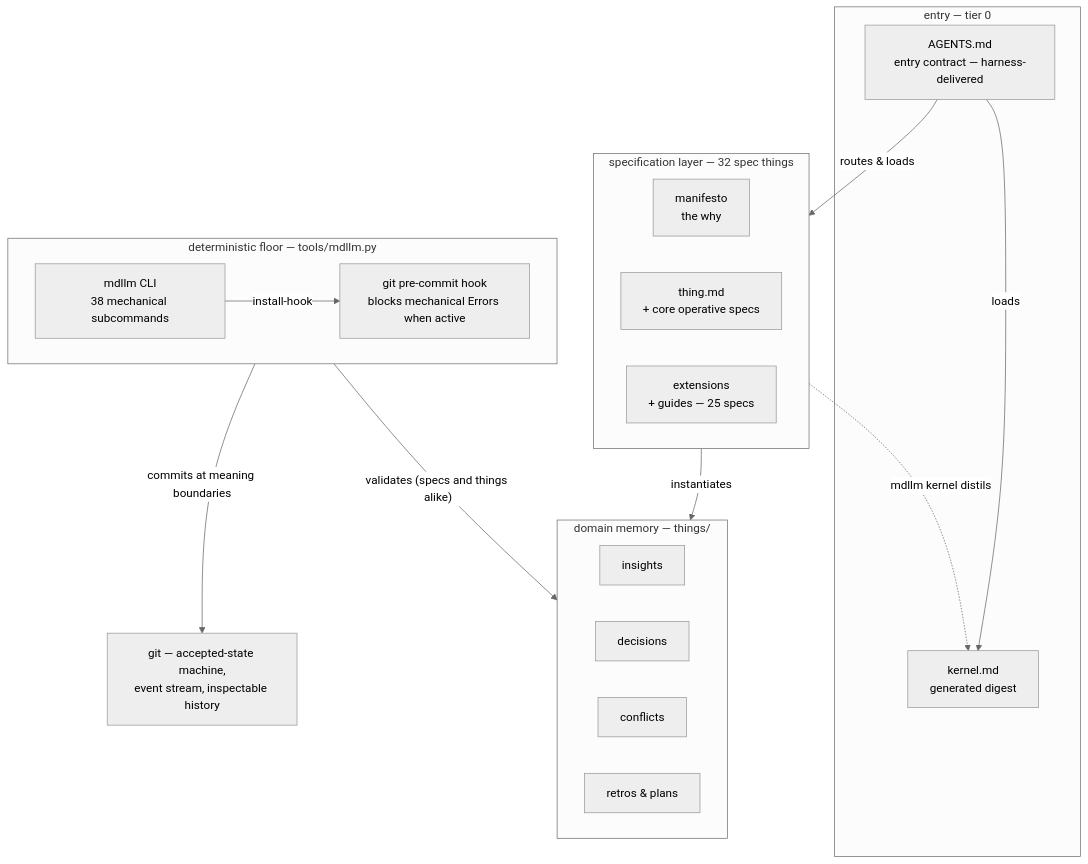
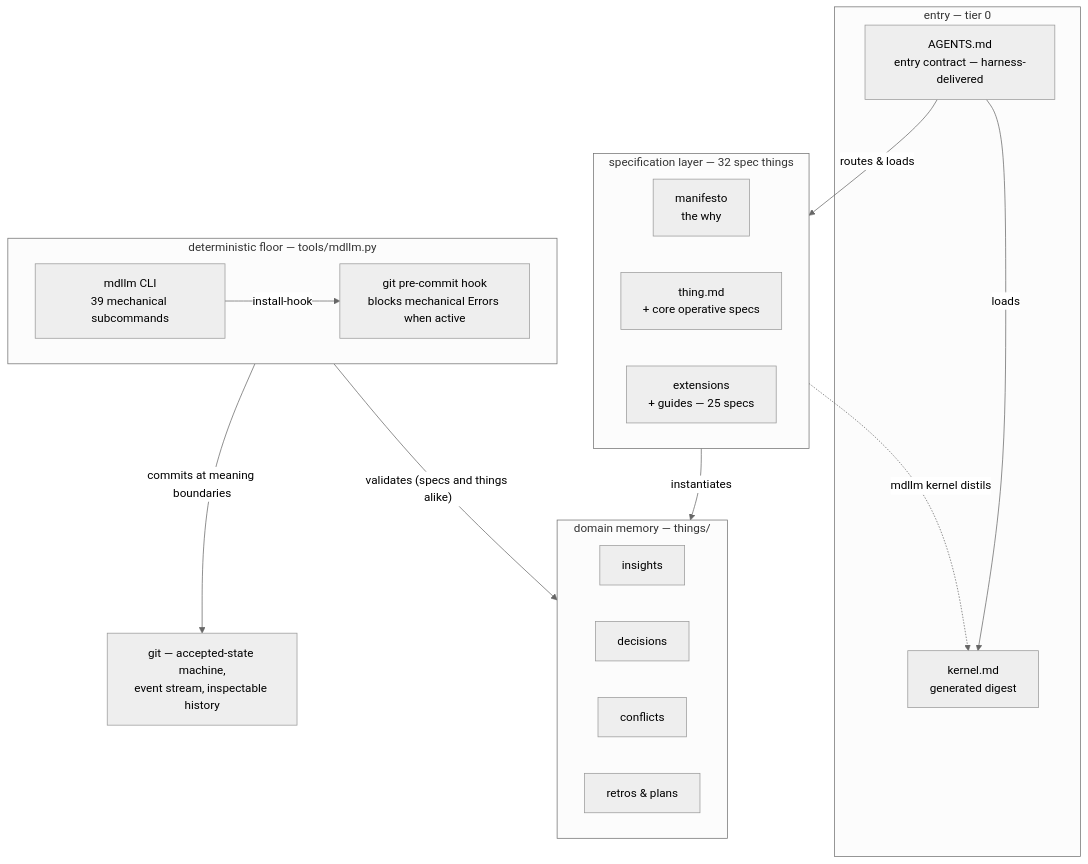
The first of 5 diagrams in docs/framework-map.md (JanoshMoshiri/MarkdownLLM), drawn with Mermaid (neutral theme) before and after one commit. The commit also changed other lines of this file and 26 other files, not shown here.

````diff
--- a/docs/framework-map.md
+++ b/docs/framework-map.md
@@ -63,49 +63,49 @@
 ```mermaid
 flowchart TD
     accTitle: View 1 - the five bands of the framework, read top-down as a session's life
     accDescr {
         Five stacked bands. The entry band, tier 0, holds AGENTS.md as the
         harness-delivered entry contract and kernel.md as a generated digest. Below
         it the specification layer holds 32 spec things: the manifesto for the
         why, thing.md with the core operative specs, and 25 extension and guide
         specs. Below that, domain memory in the things directory holds insights,
         decisions, conflicts, retrospectives and plans. Below that, the
-        deterministic floor is tools/mdllm.py, providing the mdllm CLI with 38
+        deterministic floor is tools/mdllm.py, providing the mdllm CLI with 39
         mechanical subcommands and a git pre-commit hook that, when current and
         runnable, blocks commits with mechanical Errors. At the base, git is
         the accepted-state machine, event stream and inspectable audit aid.
         The edges run as follows. AGENTS.md loads the kernel and routes
         to the specs. The specs distil back up into the kernel via mdllm
         kernel, which is why that one edge points upward. The specs instantiate
         domain memory. The CLI installs the hook. The floor validates memory,
         specs and things alike, and commits at meaning boundaries into git.
     }
     subgraph entry ["entry — tier 0"]
         AGENTS["AGENTS.md<br/>entry contract — harness-delivered"]
         KERNEL["kernel.md<br/>generated digest"]
     end
     subgraph specs ["specification layer — 32 spec things"]
         MANIFESTO["manifesto<br/>the why"]
         THING["thing.md<br/>+ core operative specs"]
         EXT["extensions<br/>+ guides — 25 specs"]
     end
     subgraph memory ["domain memory — things/"]
         INSIGHTS["insights"]
         DECISIONS["decisions"]
         CONFLICTS["conflicts"]
         RETROS["retros & plans"]
     end
     subgraph floor ["deterministic floor — tools/mdllm.py"]
-        MDLLM["mdllm CLI<br/>38 mechanical subcommands"]
+        MDLLM["mdllm CLI<br/>39 mechanical subcommands"]
         HOOK["git pre-commit hook<br/>blocks mechanical Errors when active"]
     end
     GIT["git — accepted-state machine,<br/>event stream, inspectable history"]
 
     AGENTS -->|loads| KERNEL
     AGENTS -->|routes & loads| specs
     specs -.->|"mdllm kernel distils"| KERNEL
     specs -->|instantiates| memory
     MDLLM -->|install-hook| HOOK
     floor -->|"validates (specs and things alike)"| memory
     floor -->|commits at meaning boundaries| GIT
 ```
````
